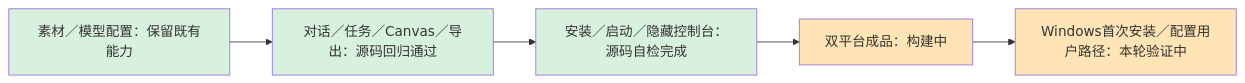
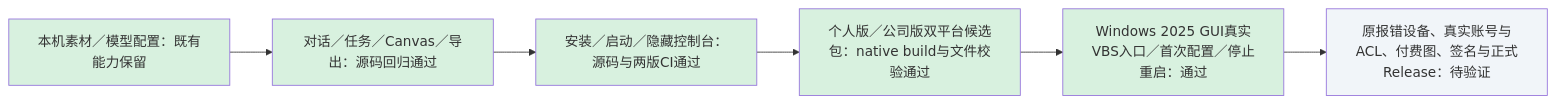
Before and after one commit to akechi0819-lgtm/creative-Agent-studio: the first of 2 diagrams in docs/工程进度.md, drawn with Mermaid. The commit also changed other lines of this file and 3 other files, not shown here.

Commit message:
Publish repaired bundles and Windows user-flow evidence

````diff
--- a/docs/工程进度.md
+++ b/docs/工程进度.md
@@ -9,12 +11,14 @@
 ```mermaid
 flowchart LR
-  M["素材／模型配置：保留既有能力"] --> T["对话／任务／Canvas／导出：源码回归通过"]
-  T --> S["安装／启动／隐藏控制台：源码自检完成"]
-  S --> P["双平台成品：构建中"]
-  P --> U["Windows首次安装／配置用户路径：本轮验证中"]
+  M["本机素材／模型配置：既有能力保留"] --> T["对话／任务／Canvas／导出：源码回归通过"]
+  T --> S["安装／启动／隐藏控制台：源码与两版CI通过"]
+  S --> P["个人版／公司版双平台候选包：native build与文件校验通过"]
+  P --> U["Windows 2025 GUI真实VBS入口／首次配置／停止重启：通过"]
+  U --> X["原报错设备、真实账号与ACL、付费图、签名与正式Release：待验证"]
   style M fill:#d8f1df
   style T fill:#d8f1df
   style S fill:#d8f1df
-  style P fill:#ffe4b5
-  style U fill:#ffe4b5
+  style P fill:#d8f1df
+  style U fill:#d8f1df
+  style X fill:#f1f5f9
 ```
````
